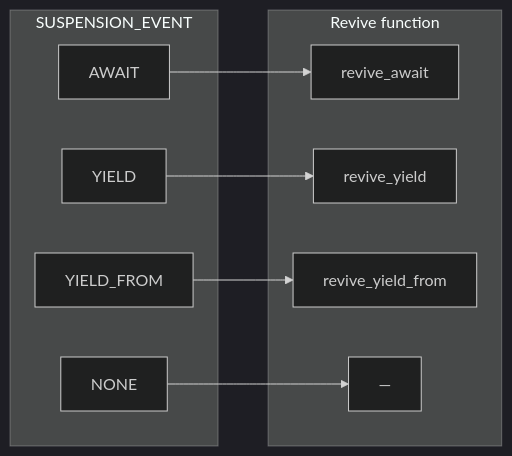
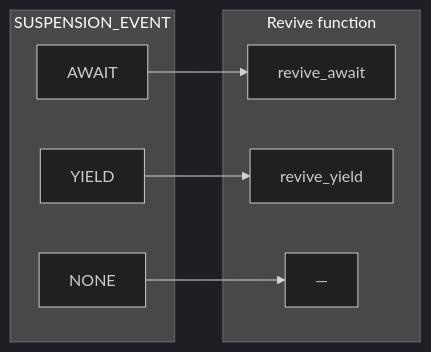
The tenth of 10 diagrams in design/EVALUATOR.md (koskari-lang/koskari), drawn with Mermaid (dark theme) before and after one commit. The commit also changed other lines of this file and 2 other files, not shown here.

````diff
--- a/design/EVALUATOR.md
+++ b/design/EVALUATOR.md
@@ -381,19 +412,16 @@
 ```mermaid
 flowchart LR
     subgraph events["SUSPENSION_EVENT"]
         AWAIT
         YIELD
-        YIELD_FROM
         NONE
     end
     subgraph revives["Revive function"]
         revive_await["revive_await"]
         revive_yield["revive_yield"]
-        revive_yield_from["revive_yield_from"]
         no_revive["—"]
     end
     AWAIT --> revive_await
     YIELD --> revive_yield
-    YIELD_FROM --> revive_yield_from
     NONE --> no_revive
 ```
````
